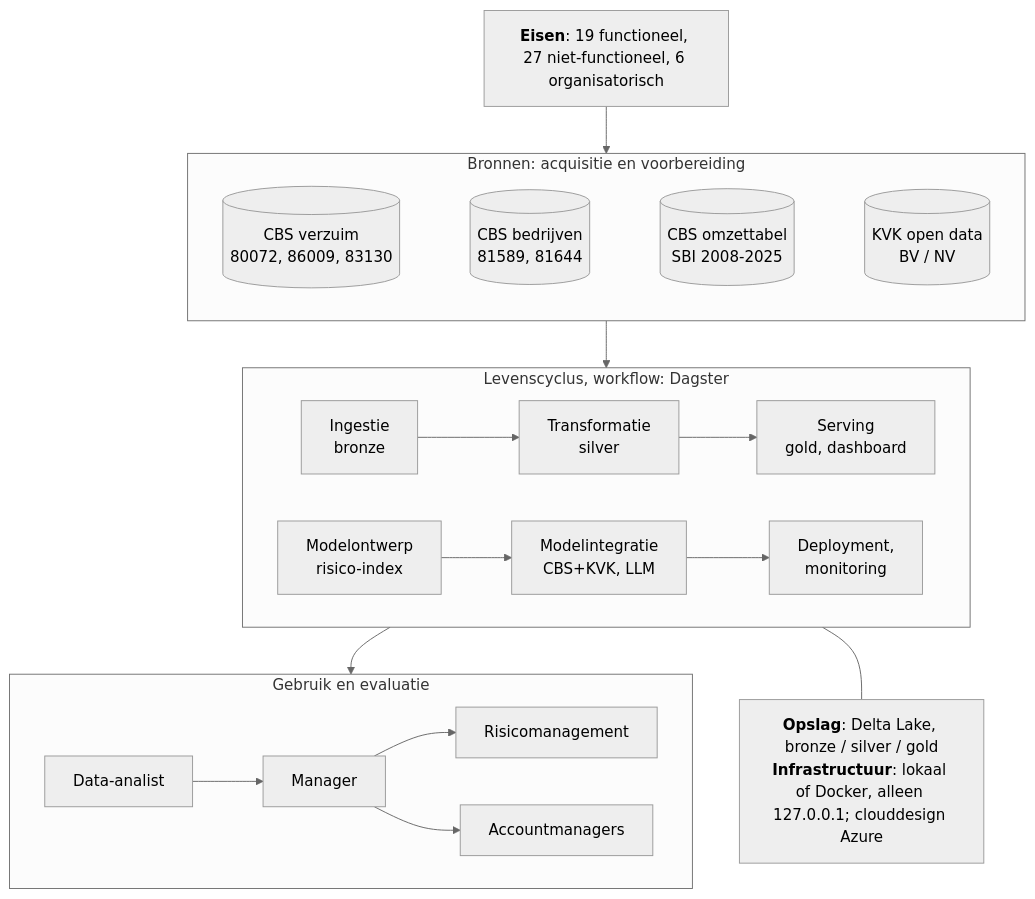
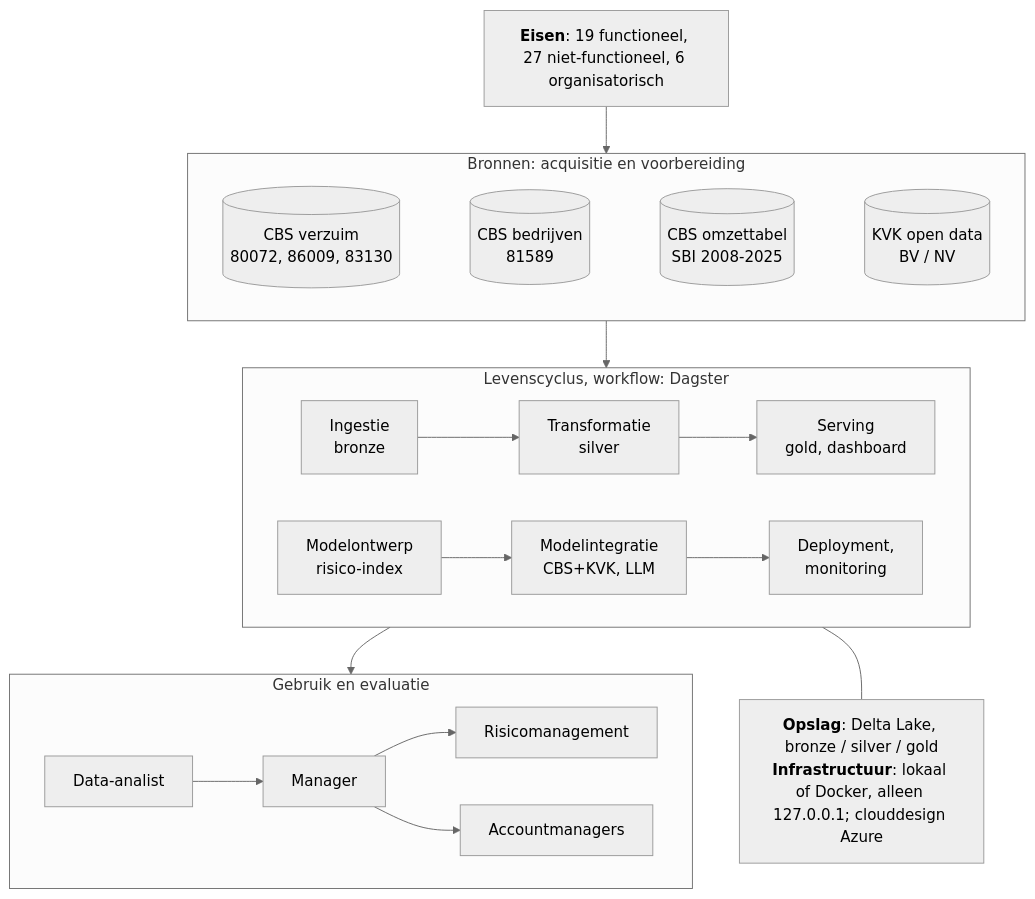
One commit to stefancodecommit/AOV_Lakehouse changed the diagram in docs/rapport.md. Above: the diagram before and after it, drawn with Mermaid (neutral theme). The commit also changed other lines of this file and 27 other files, not shown here.

````diff
--- a/docs/rapport.md
+++ b/docs/rapport.md
@@ -196,26 +196,26 @@
 ```mermaid
 flowchart TB
   REQ["<b>Eisen</b>: 19 functioneel, 27 niet-functioneel, 6 organisatorisch"]
   subgraph BRON["Bronnen: acquisitie en voorbereiding"]
     direction LR
     S1[("CBS verzuim<br/>80072, 86009, 83130")]
-    S2[("CBS bedrijven<br/>81589, 81644")]
+    S2[("CBS bedrijven<br/>81589")]
     S3[("CBS omzettabel<br/>SBI 2008-2025")]
     S4[("KVK open data<br/>BV / NV")]
     S1 ~~~ S2 ~~~ S3 ~~~ S4
   end
   subgraph CYCLUS["Levenscyclus, workflow: Dagster"]
     direction LR
     I["Ingestie<br/>bronze"] --> T["Transformatie<br/>silver"] --> SV["Serving<br/>gold, dashboard"]
     MD["Modelontwerp<br/>risico-index"] --> MI["Modelintegratie<br/>CBS+KVK, LLM"] --> DM["Deployment,<br/>monitoring"]
   end
   OPS["<b>Opslag</b>: Delta Lake, bronze / silver / gold<br/><b>Infrastructuur</b>: lokaal of Docker, alleen 127.0.0.1; clouddesign Azure"]
   subgraph GEBRUIK["Gebruik en evaluatie"]
     direction LR
     U1["Data-analist"] --> U2["Manager"]
     U2 --> U3["Risicomanagement"]
     U2 --> U4["Accountmanagers"]
   end
   REQ --> BRON --> CYCLUS --> GEBRUIK
   CYCLUS --- OPS
 ```
````
